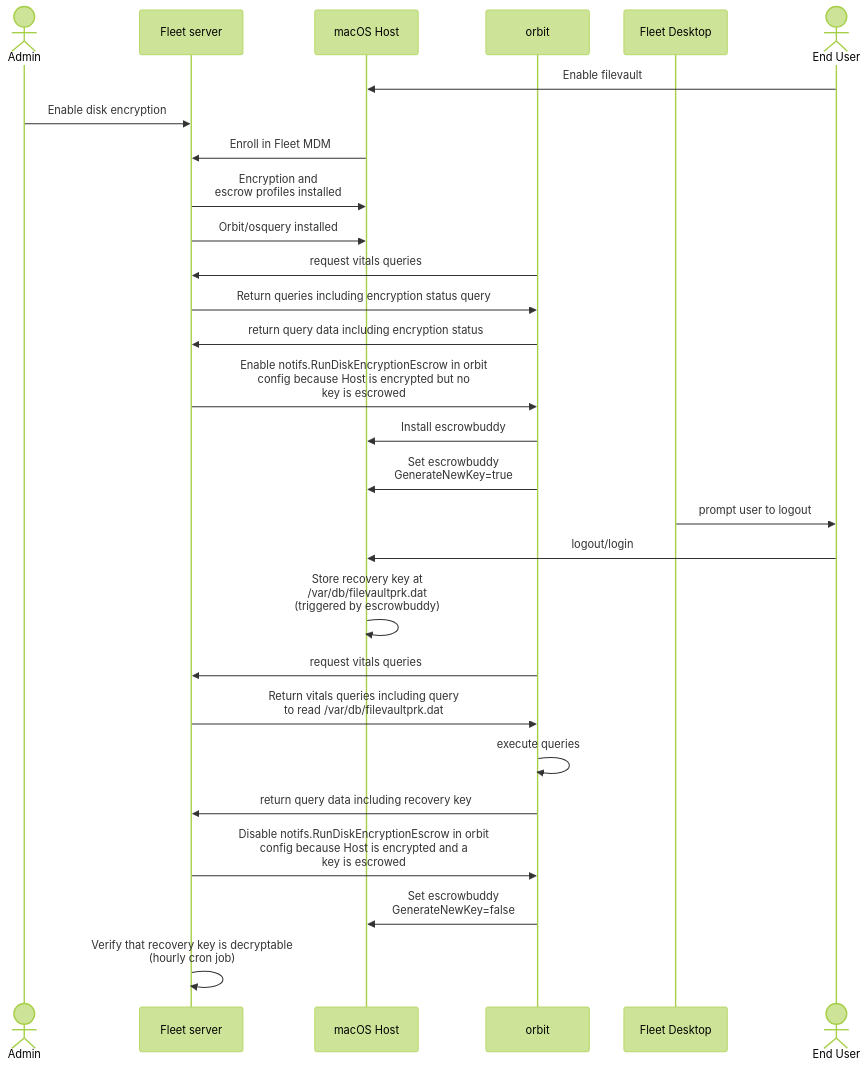
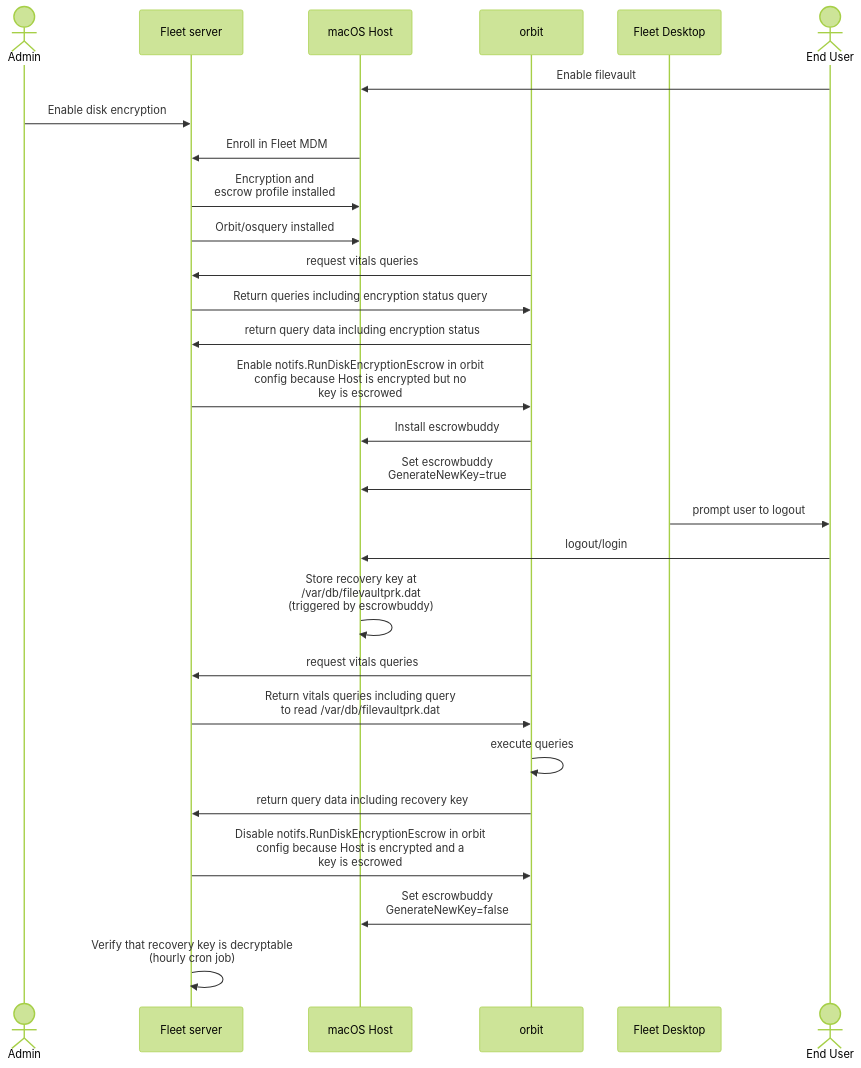
Before and after one commit to fleetdm/fleet: the second of 4 diagrams in docs/Contributing/architecture/mdm/disk-encryption.md, drawn with Mermaid (forest theme). The commit also changed other lines of this file, not shown here.

````diff
--- a/docs/Contributing/architecture/mdm/disk-encryption.md
+++ b/docs/Contributing/architecture/mdm/disk-encryption.md
@@ -71,30 +71,30 @@
 ```mermaid
 sequenceDiagram
         actor Admin
         participant fleet as Fleet server
         participant host as macOS Host
         participant fleetd as orbit
         participant desktop as Fleet Desktop
         actor user as End User
         user->>host: Enable filevault
         Admin->>fleet: Enable disk encryption
         host->>fleet: Enroll in Fleet MDM
-        fleet->>host: Encryption and<br>escrow profiles installed
+        fleet->>host: Encryption and<br>escrow profile installed
         fleet->>host: Orbit/osquery installed
         fleetd->>fleet: request vitals queries
         fleet->>fleetd: Return queries including encryption status query
         fleetd->>fleet: return query data including encryption status
         fleet->>fleetd: Enable notifs.RunDiskEncryptionEscrow in orbit<br>config because Host is encrypted but no<br>key is escrowed
         fleetd->>host: Install escrowbuddy
         fleetd->>host: Set escrowbuddy<br>GenerateNewKey=true
         desktop->>user: prompt user to logout
         user->>host: logout/login
         host->>host: Store recovery key at <br>/var/db/filevaultprk.dat<br>(triggered by escrowbuddy)
         fleetd->>fleet: request vitals queries
         fleet->>fleetd: Return vitals queries including query<br>to read /var/db/filevaultprk.dat
         fleetd->>fleetd: execute queries
         fleetd->>fleet: return query data including recovery key
         fleet->>fleetd: Disable notifs.RunDiskEncryptionEscrow in orbit<br>config because Host is encrypted and a<br>key is escrowed
         fleetd->>host: Set escrowbuddy<br>GenerateNewKey=false
         fleet->>fleet: Verify that recovery key is decryptable<br>(hourly cron job)
 ```
````
